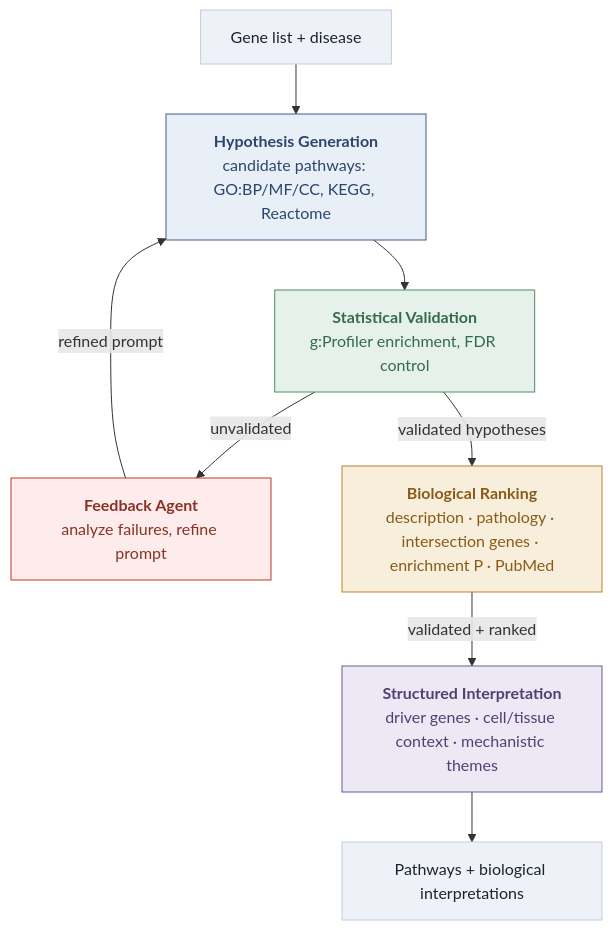
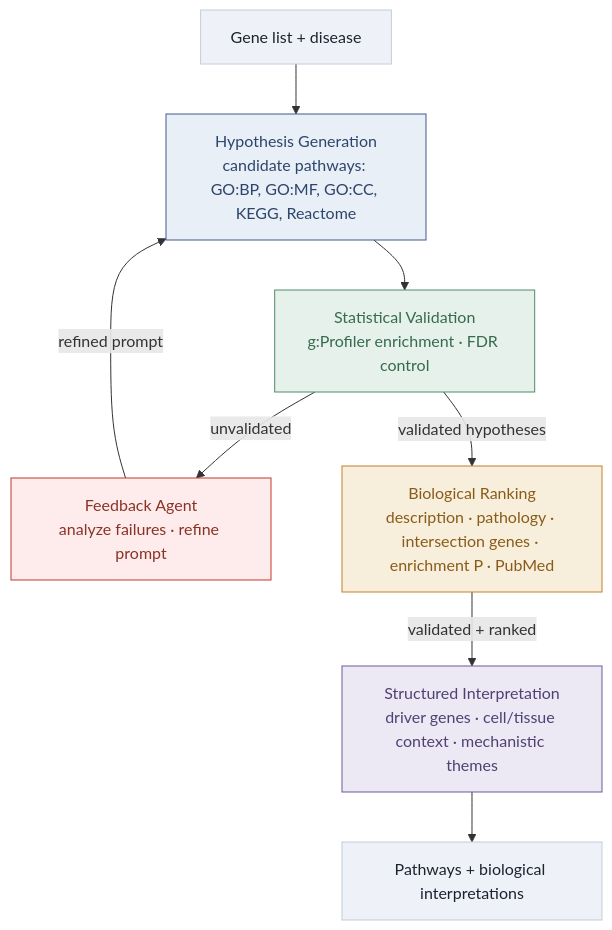
Before and after one commit to Grit1021/Agentic_AI_platform: the diagram in README.md, drawn with Mermaid.

Commit message:
Fix Mermaid diagram syntax

````diff
--- a/README.md
+++ b/README.md
@@ -66,16 +66,22 @@
 ```mermaid
 flowchart TD
-    A["Gene list + disease"]:::io --> B["<b>Hypothesis Generation</b><br/>candidate pathways: GO:BP/MF/CC, KEGG, Reactome"]:::gen
-    B --> C["<b>Statistical Validation</b><br/>g:Profiler enrichment, FDR control"]:::val
-    C -->|unvalidated| F["<b>Feedback Agent</b><br/>analyze failures, refine prompt"]:::fb
+    A["Gene list + disease"] --> B["Hypothesis Generation<br/>candidate pathways: GO:BP, GO:MF, GO:CC, KEGG, Reactome"]
+    B --> C["Statistical Validation<br/>g:Profiler enrichment · FDR control"]
+    C -->|unvalidated| F["Feedback Agent<br/>analyze failures · refine prompt"]
     F -->|refined prompt| B
-    C -->|validated hypotheses| D["<b>Biological Ranking</b><br/>description · pathology · intersection genes · enrichment P · PubMed"]:::rank
-    D -->|validated + ranked| E["<b>Structured Interpretation</b><br/>driver genes · cell/tissue context · mechanistic themes"]:::interp
-    E --> G["Pathways + biological interpretations"]:::io
-    classDef io fill:#eef2f8,stroke:#c3ccdb,color:#1c2230;
-    classDef gen fill:#E9EFF7,stroke:#3E5C8A,color:#2c456b;
-    classDef val fill:#E5F1EA,stroke:#4E8C6A,color:#356b4d;
-    classDef fb fill:#FDECEB,stroke:#C0392B,color:#8a3226;
-    classDef rank fill:#F7EEDC,stroke:#C0812E,color:#8a5b18;
-    classDef interp fill:#ECE8F4,stroke:#6B5B95,color:#4f4173;
+    C -->|validated hypotheses| D["Biological Ranking<br/>description · pathology · intersection genes · enrichment P · PubMed"]
+    D -->|validated + ranked| E["Structured Interpretation<br/>driver genes · cell/tissue context · mechanistic themes"]
+    E --> G["Pathways + biological interpretations"]
+    classDef io fill:#eef2f8,stroke:#c3ccdb,color:#1c2230
+    classDef gen fill:#e9eff7,stroke:#3e5c8a,color:#2c456b
+    classDef val fill:#e5f1ea,stroke:#4e8c6a,color:#356b4d
+    classDef fb fill:#fdeceb,stroke:#c0392b,color:#8a3226
+    classDef rank fill:#f7eedc,stroke:#c0812e,color:#8a5b18
+    classDef interp fill:#ece8f4,stroke:#6b5b95,color:#4f4173
+    class A,G io
+    class B gen
+    class C val
+    class F fb
+    class D rank
+    class E interp
 ```
````
